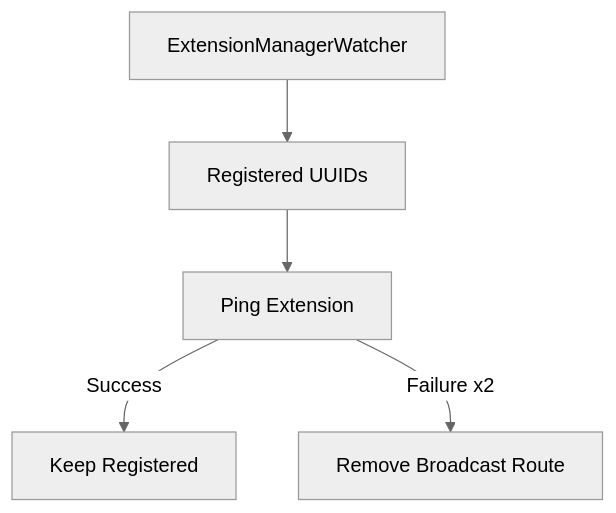
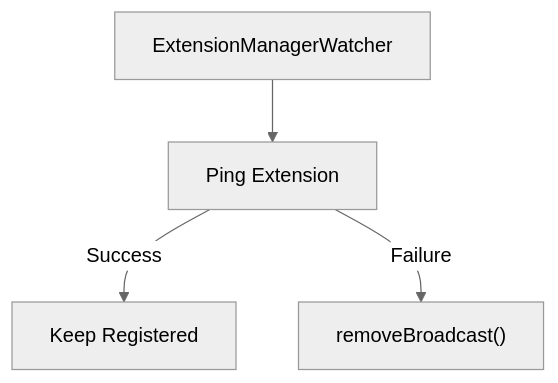
Before and after one commit to flamingo-stack/osquery: the fifth of 6 diagrams in docs/reference/architecture/extensions-and-ipc/extensions-and-ipc.md, drawn with Mermaid (neutral theme). The commit also changed other lines of this file and 388 other files, not shown here.

````diff
--- a/docs/reference/architecture/extensions-and-ipc/extensions-and-ipc.md
+++ b/docs/reference/architecture/extensions-and-ipc/extensions-and-ipc.md
@@ -247,7 +210,6 @@
 ```mermaid
 flowchart TD
-    Watcher["ExtensionManagerWatcher"] --> UUIDs["Registered UUIDs"]
-    UUIDs --> Ping["Ping Extension"]
-    Ping -->|"Success"| Keep["Keep Registered"]
-    Ping -->|"Failure x2"| Remove["Remove Broadcast Route"]
+    Watcher["ExtensionManagerWatcher"] --> Check["Ping Extension"]
+    Check -->|"Success"| Keep["Keep Registered"]
+    Check -->|"Failure"| Remove["removeBroadcast()"]
 ```
````
